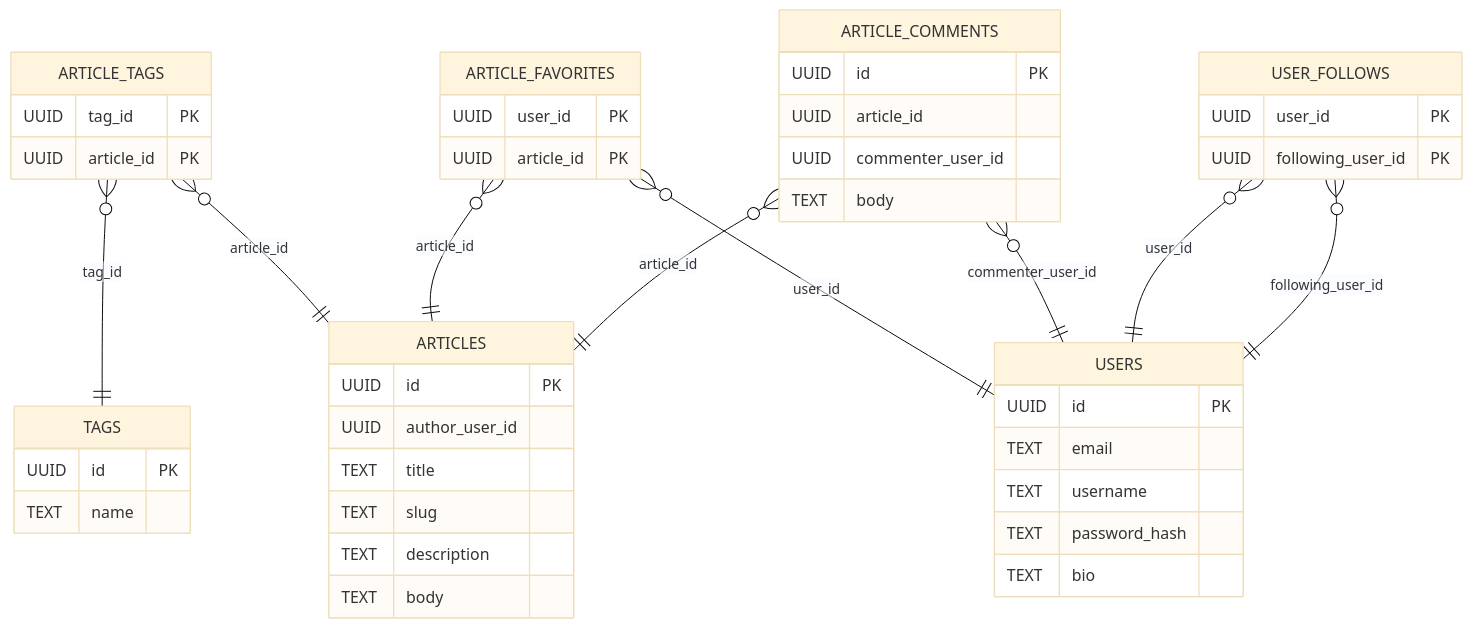
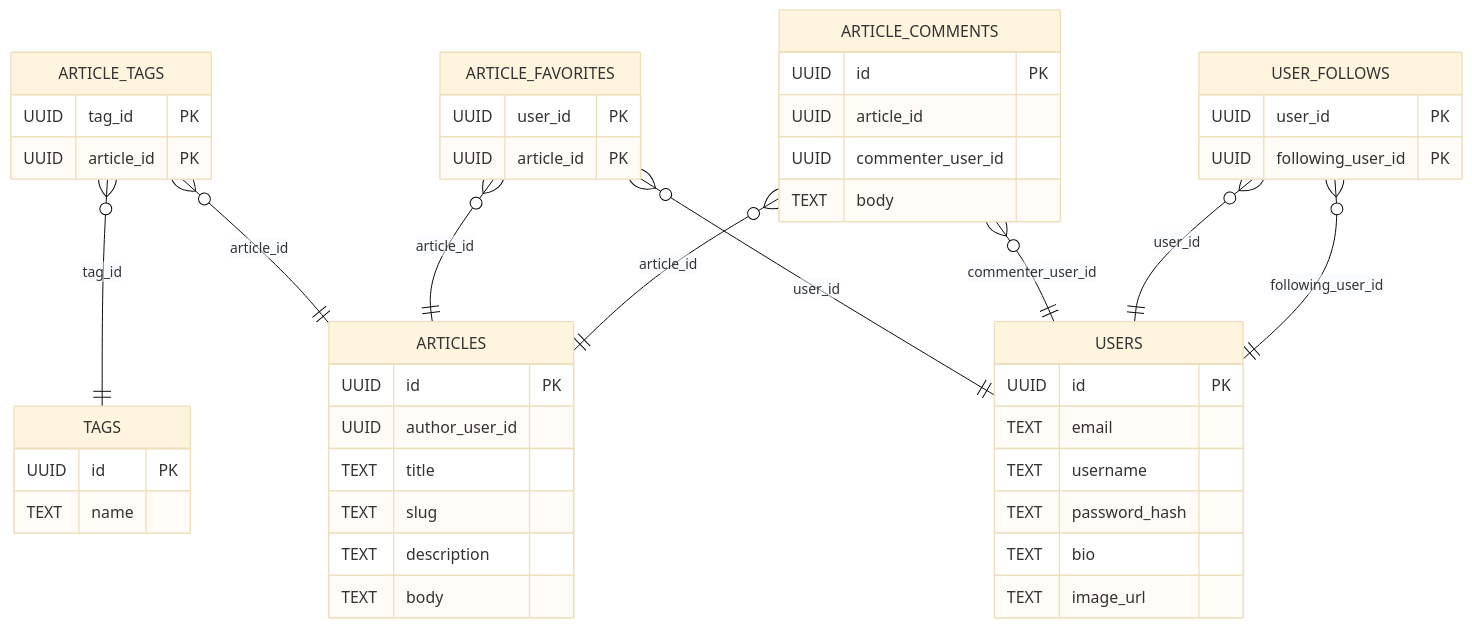
Before and after one commit to webofmars/realworld-flask: the diagram in README.md, drawn with Mermaid (base theme).

Commit message:
cleanup data model diagram

````diff
--- a/README.md
+++ b/README.md
@@ -41,49 +41,50 @@
 ```mermaid
 erDiagram
     ARTICLES {
         UUID id PK
         UUID author_user_id
         TEXT title
         TEXT slug
         TEXT description
         TEXT body
     }
     TAGS {
-       UUID id PK
+        UUID id PK
         TEXT name
     }
     ARTICLE_TAGS {
         UUID tag_id PK
         UUID article_id PK
     }
     USERS {
         UUID id PK
         TEXT email
         TEXT username
         TEXT password_hash
         TEXT bio
+        TEXT image_url
     }
     USER_FOLLOWS {
         UUID user_id PK
         UUID following_user_id PK
     }
     ARTICLE_FAVORITES {
         UUID user_id PK
         UUID article_id PK
     }
     ARTICLE_COMMENTS {
         UUID id PK
         UUID article_id
         UUID commenter_user_id
         TEXT body
     }
 
     ARTICLE_TAGS }o--|| ARTICLES : "article_id"
     ARTICLE_TAGS }o--|| TAGS : "tag_id"
     ARTICLE_FAVORITES }o--|| ARTICLES : "article_id"
     ARTICLE_FAVORITES }o--|| USERS : "user_id"
     ARTICLE_COMMENTS }o--|| ARTICLES : "article_id"
     ARTICLE_COMMENTS }o--|| USERS : "commenter_user_id"
     USER_FOLLOWS }o--|| USERS : "user_id"
     USER_FOLLOWS }o--|| USERS : "following_user_id"
 ```
````
